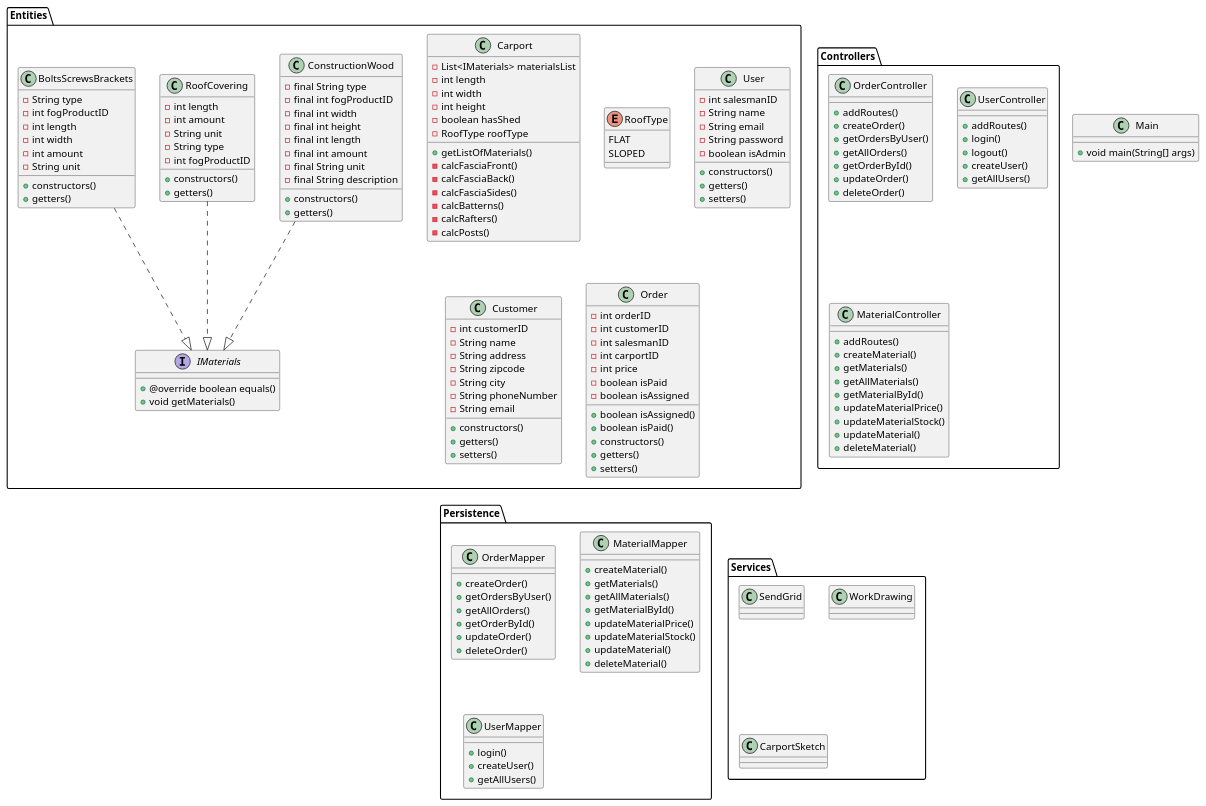
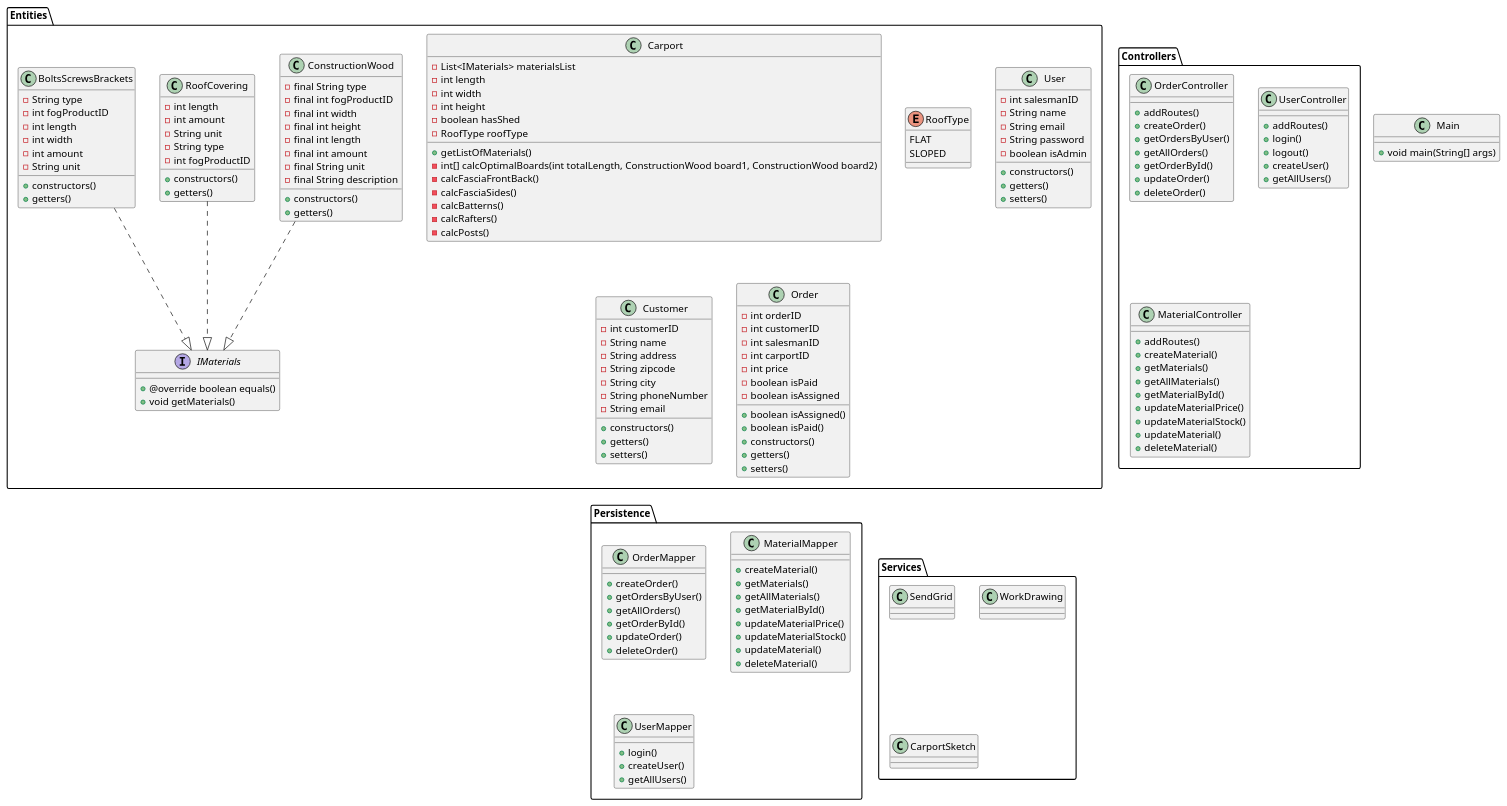
One commit to AndyTheDragon/Fog-projektet changed the diagram in docs/ClassDiagram.puml. Above: the diagram before and after it, drawn with PlantUML.

Commit message:
updated carport methods

```diff
--- a/docs/ClassDiagram.puml
+++ b/docs/ClassDiagram.puml
@@ -1,191 +1,191 @@
 @startuml
 'https://plantuml.com/class-diagram
 
 class Main
 {
     + void main(String[] args)
 }
 
 
 package "Entities" {
 interface IMaterials
 {
 
 + @override boolean equals()
 + void getMaterials()
 
 }
 
 class Carport
 {
 - List<IMaterials> materialsList
 -int length
 -int width
 -int height
 -boolean hasShed
 -RoofType roofType
 + getListOfMaterials()
-- calcFasciaFront()
-- calcFasciaBack()
+- int[] calcOptimalBoards(int totalLength, ConstructionWood board1, ConstructionWood board2)
+- calcFasciaFrontBack()
 - calcFasciaSides()
 - calcBatterns()
 - calcRafters()
 - calcPosts()
 }
 enum RoofType
 {
     FLAT
     SLOPED
 }
 
 class User
 {
 - int salesmanID
 - String name
 - String email
 - String password
 - boolean isAdmin
 + constructors()
 + getters()
 + setters()
 }
 class Customer
 {
 - int customerID
 - String name
 - String address
 - String zipcode
 - String city
 - String phoneNumber
 - String email
 + constructors()
 + getters()
 + setters()
 
 
 }
 class Order
 {
 - int orderID
 - int customerID
 - int salesmanID
 - int carportID
 - int price
 - boolean isPaid
 - boolean isAssigned
 + boolean isAssigned()
 + boolean isPaid()
 + constructors()
 + getters()
 + setters()
 }
 class ConstructionWood
 {
 - final String type
 - final int fogProductID
 - final int width
 - final int height
 - final int length
 - final int amount
 - final String unit
 - final String description
 + constructors()
 + getters()
 }
 class RoofCovering
 {
 - int length
 - int amount
 - String unit
 - String type
 - int fogProductID
 + constructors()
 + getters()
 }
 class BoltsScrewsBrackets
 {
 - String type
 - int fogProductID
 - int length
 - int width
 - int amount
 - String unit
 + constructors()
 + getters()
 
 
 }
 }
 package "Controllers" {
     class OrderController
     {
     + addRoutes()
     + createOrder()
     + getOrdersByUser()
     + getAllOrders()
     + getOrderById()
     + updateOrder()
     + deleteOrder()
     }
     class UserController
     {
     + addRoutes()
     + login()
     + logout()
     + createUser()
     + getAllUsers()
     }
     class MaterialController
     {
     + addRoutes()
     + createMaterial()
     + getMaterials()
     + getAllMaterials()
     + getMaterialById()
     + updateMaterialPrice()
     + updateMaterialStock()
     + updateMaterial()
     + deleteMaterial()
    }
 }
 package "Persistence" {
     class OrderMapper
     {
         + createOrder()
         + getOrdersByUser()
         + getAllOrders()
         + getOrderById()
         + updateOrder()
         + deleteOrder()
     }
     class MaterialMapper
     {
         + createMaterial()
         + getMaterials()
         + getAllMaterials()
         + getMaterialById()
         + updateMaterialPrice()
         + updateMaterialStock()
         + updateMaterial()
         + deleteMaterial()
     }
     class UserMapper
     {
         + login()
         + createUser()
         + getAllUsers()
     }
     }
 
 package "Services" {
 class SendGrid{}
 class WorkDrawing{}
 class CarportSketch{}
 }
 
 ConstructionWood ..|> IMaterials
 RoofCovering ..|> IMaterials
 BoltsScrewsBrackets ..|> IMaterials
 
 
 @enduml
```
